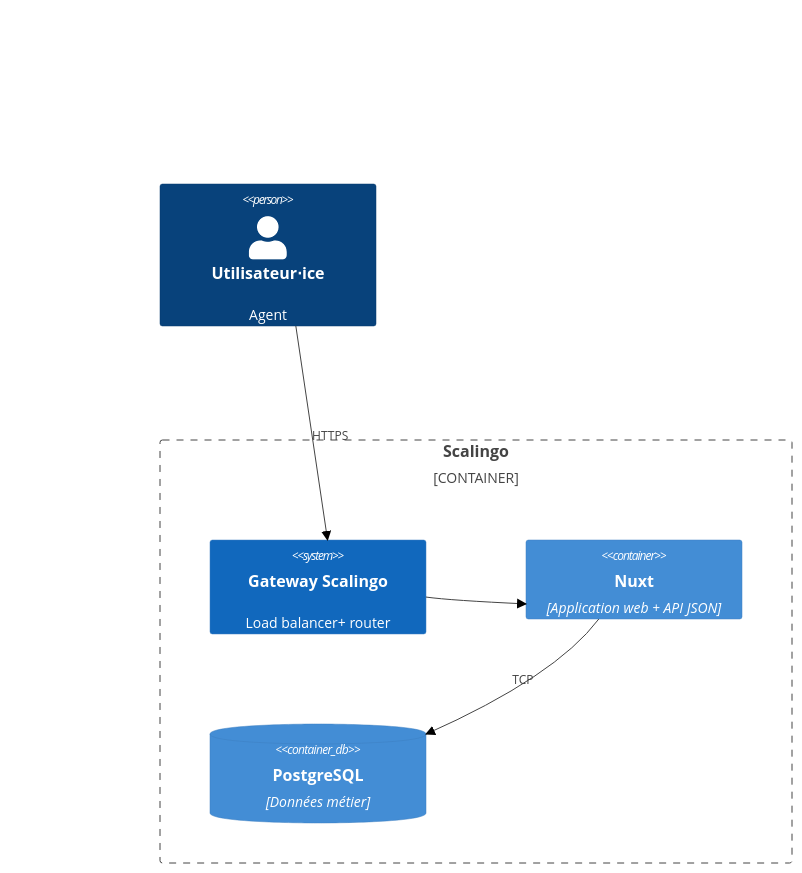
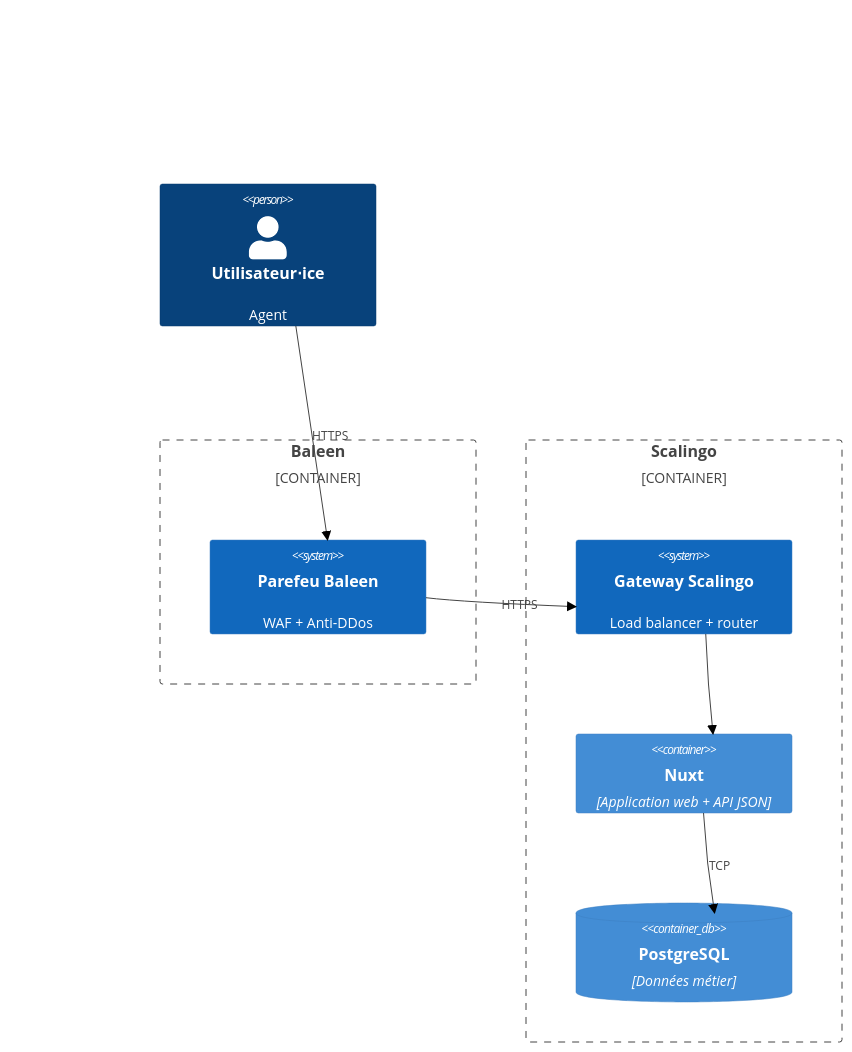
One commit to frankein1/mss changed the second of 5 diagrams in docs/dossier-technique.md. Above: the diagram before and after it, drawn with Mermaid (neutral theme). The commit also changed other lines of this file, not shown here.

Commit message:
chore(dat): ajout waf baleen en préparation de la migration

````diff
--- a/docs/dossier-technique.md
+++ b/docs/dossier-technique.md
@@ -156,14 +161,19 @@
 ```mermaid
 C4Container
     Person(user, "Utilisateur⋅ice", "Agent")
 
+        Container_Boundary(baleen, "Baleen") {
+        System(baleen_waf, "Parefeu Baleen", "WAF + Anti-DDos")
+    }
+
     Container_Boundary(scalingo, "Scalingo") {
-        System(scalingo_gateway, "Gateway Scalingo", "Load balancer+ router")
+        System(scalingo_gateway, "Gateway Scalingo", "Load balancer + router")
         Container(web_app, "Nuxt", "Application web + API JSON")
         ContainerDb(postgres, "PostgreSQL", "Données métier")
     }
 
-    Rel(user, scalingo_gateway, "HTTPS")
+    Rel(user, baleen_waf, "HTTPS")
+    Rel(baleen_waf, scalingo_gateway, "HTTPS")
     Rel(scalingo_gateway, web_app, "")
     Rel(web_app, postgres, "TCP")
 ```
````
